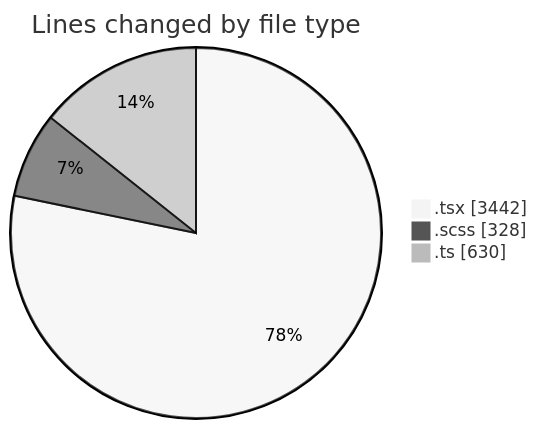
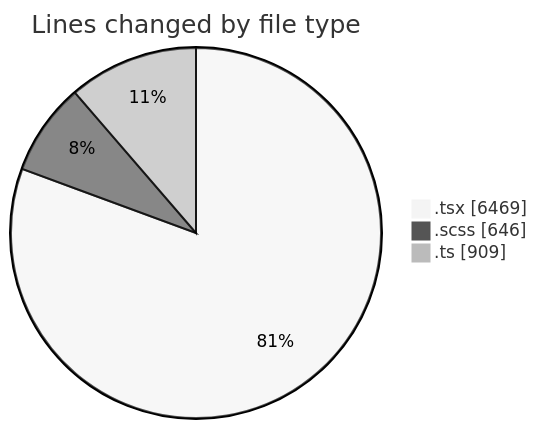
The first of 2 diagrams in 2026-05-01/cda/README.md (momahboobian/code-tracking), drawn with Mermaid (neutral theme) before and after one commit. The commit also changed other lines of this file and 1 other file, not shown here.

````diff
--- a/2026-05-01/cda/README.md
+++ b/2026-05-01/cda/README.md
@@ -63,7 +63,7 @@
 ```mermaid
 pie showData
 title Lines changed by file type
-".tsx" : 3442
-".scss" : 328
-".ts" : 630
+".tsx" : 6469
+".scss" : 646
+".ts" : 909
 ```
````
